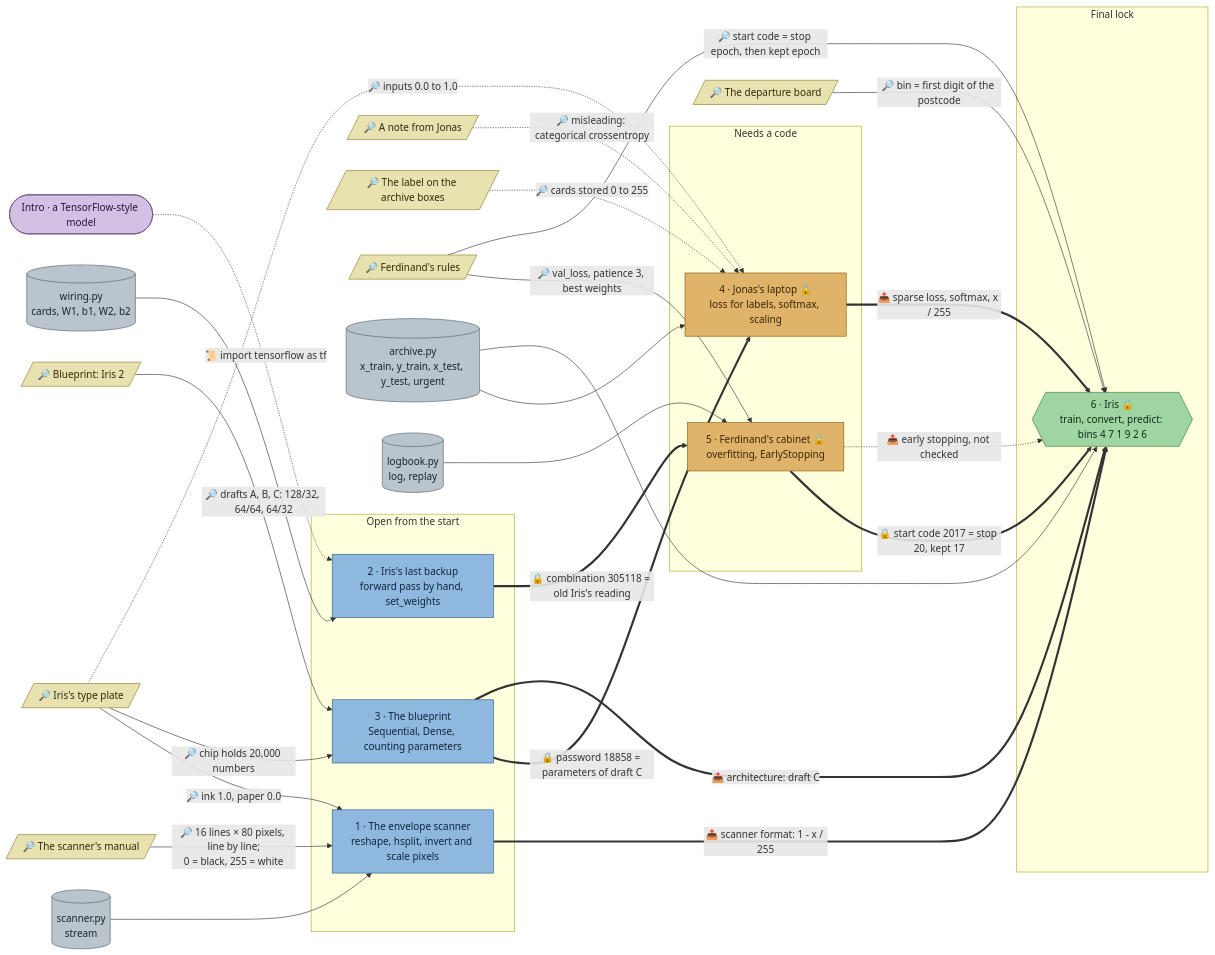
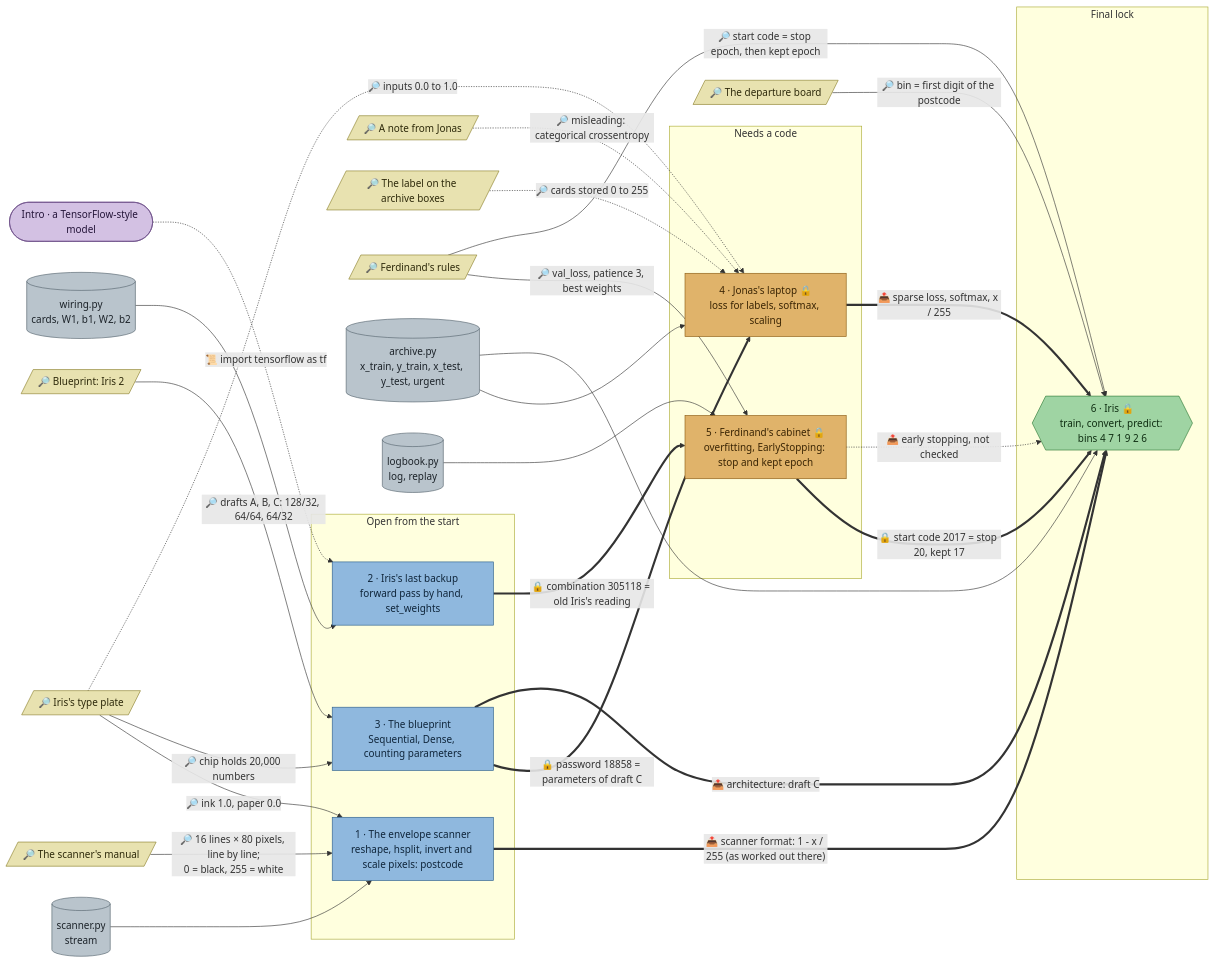
The diagram in docs/flows/nn-post.md (mhoffmann-wbs/DataScienceEscapeRooms), drawn with Mermaid before and after one commit. The commit also changed other lines of this file and 26 other files, not shown here.

````diff
--- a/docs/flows/nn-post.md
+++ b/docs/flows/nn-post.md
@@ -5,72 +5,72 @@
 ```mermaid
 flowchart LR
   intro(["Intro · a TensorFlow-style model"])
 
   scannermanual[/"🔎 The scanner's manual"/]
   irisplate[/"🔎 Iris's type plate"/]
   drafts[/"🔎 Blueprint: Iris 2"/]
   jonasnote[/"🔎 A note from Jonas"/]
   archivelabel[/"🔎 The label on the archive boxes"/]
   ferdinandnote[/"🔎 Ferdinand's rules"/]
   timetable[/"🔎 The departure board"/]
 
   d_scanner[("scanner.py<br/>stream")]
   d_wiring[("wiring.py<br/>cards, W1, b1, W2, b2")]
   d_archive[("archive.py<br/>x_train, y_train, x_test, y_test, urgent")]
   d_logbook[("logbook.py<br/>log, replay")]
 
   subgraph p1["Open from the start"]
-    scanner["1 · The envelope scanner<br/>reshape, hsplit, invert and scale pixels"]
+    scanner["1 · The envelope scanner<br/>reshape, hsplit, invert and scale pixels: postcode"]
     wiring["2 · Iris's last backup<br/>forward pass by hand, set_weights"]
     blueprint["3 · The blueprint<br/>Sequential, Dense, counting parameters"]
   end
 
   subgraph p2["Needs a code"]
     apprentice["4 · Jonas's laptop 🔒<br/>loss for labels, softmax, scaling"]
-    logbook["5 · Ferdinand's cabinet 🔒<br/>overfitting, EarlyStopping"]
+    logbook["5 · Ferdinand's cabinet 🔒<br/>overfitting, EarlyStopping: stop and kept epoch"]
   end
 
   subgraph p3["Final lock"]
     sort{{"6 · Iris 🔒<br/>train, convert, predict: bins 4 7 1 9 2 6"}}
   end
 
   d_scanner --> scanner
   d_wiring --> wiring
   d_archive --> apprentice
   d_archive --> sort
   d_logbook --> logbook
 
   scannermanual -->|"🔎 16 lines × 80 pixels, line by line;<br/>0 = black, 255 = white"| scanner
   irisplate -->|"🔎 ink 1.0, paper 0.0"| scanner
   irisplate -->|"🔎 chip holds 20,000 numbers"| blueprint
   drafts -->|"🔎 drafts A, B, C: 128/32, 64/64, 64/32"| blueprint
   irisplate -.->|"🔎 inputs 0.0 to 1.0"| apprentice
   archivelabel -.->|"🔎 cards stored 0 to 255"| apprentice
   jonasnote -.->|"🔎 misleading: categorical crossentropy"| apprentice
   ferdinandnote -->|"🔎 val_loss, patience 3, best weights"| logbook
   ferdinandnote -->|"🔎 start code = stop epoch, then kept epoch"| sort
   timetable -->|"🔎 bin = first digit of the postcode"| sort
   intro -.->|"📜 import tensorflow as tf"| wiring
 
   blueprint ==>|"🔒 password 18858 = parameters of draft C"| apprentice
   wiring ==>|"🔒 combination 305118 = old Iris's reading"| logbook
   logbook ==>|"🔒 start code 2017 = stop 20, kept 17"| sort
 
-  scanner ==>|"📤 scanner format: 1 - x / 255"| sort
+  scanner ==>|"📤 scanner format: 1 - x / 255 (as worked out there)"| sort
   blueprint ==>|"📤 architecture: draft C"| sort
   apprentice ==>|"📤 sparse loss, softmax, x / 255"| sort
   logbook -.->|"📤 early stopping, not checked"| sort
 
   classDef station fill:#8fb8de,stroke:#2b5d8a,color:#10263b
   classDef locked fill:#e0b36a,stroke:#8a5a12,color:#3a2504
   classDef clue fill:#e8e2b0,stroke:#8a7f2b,color:#2e2a0b
   classDef data fill:#b9c4cc,stroke:#55636e,color:#1c2329
   classDef final fill:#9fd4a3,stroke:#2f7a36,color:#0f2e12
   classDef intro fill:#d3c1e3,stroke:#6a4c86,color:#25163a
   class scanner,wiring,blueprint station
   class apprentice,logbook locked
   class scannermanual,irisplate,drafts,jonasnote,archivelabel,ferdinandnote,timetable clue
   class d_scanner,d_wiring,d_archive,d_logbook data
   class sort final
   class intro intro
 ```
````
